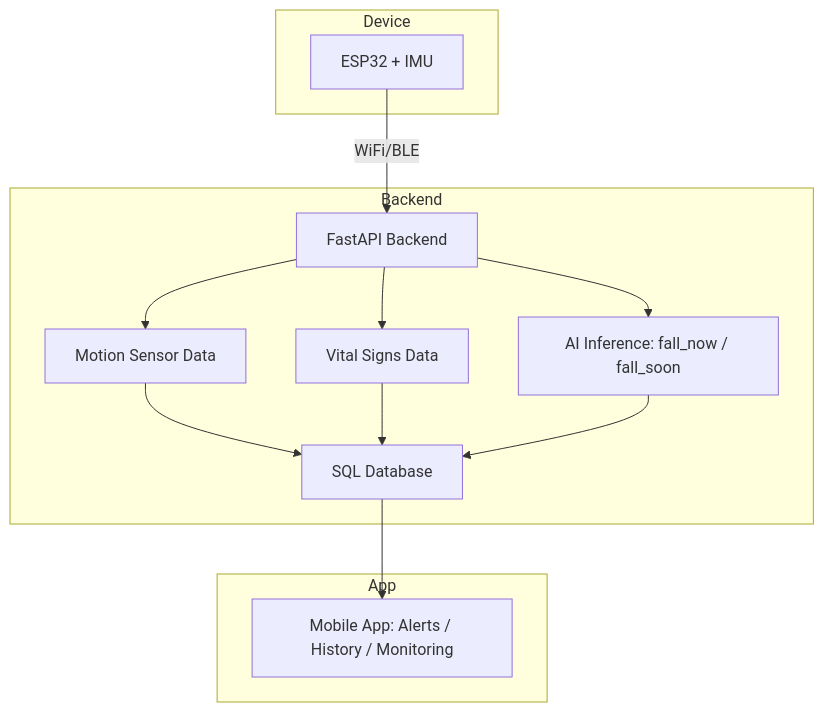
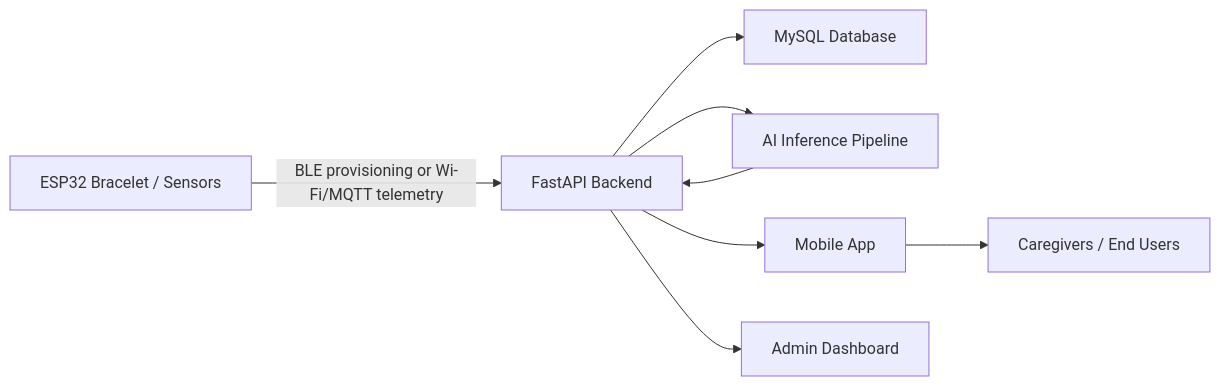
One commit to SirBob13/Fall-Detection-System changed the diagram in README.md. Above: the diagram before and after it, drawn with Mermaid. The commit also changed other lines of this file and 34 other files, not shown here.

````diff
--- a/README.md
+++ b/README.md
@@ -41,30 +67,10 @@
 ```mermaid
-flowchart TD
-    subgraph Device
-        A[ESP32 + IMU]
-    end
-    subgraph Backend
-        B[FastAPI Backend]
-        C[Motion Sensor Data]
-        D[Vital Signs Data]
-        E[AI Inference: fall_now / fall_soon]
-        F[SQL Database]
-    end
-    subgraph App
-        G[Mobile App: Alerts / History / Monitoring]
-    end
-
-    A -->|WiFi/BLE| B
-    B --> C
-    B --> D
-    B --> E
-    C --> F
-    D --> F
-    E --> F
-    F --> G
-
-    click A href "#hardware" "Go to Hardware"
-    click B href "#backend" "Go to Backend"
-    click E href "#ai-models" "Go to AI Models"
-    click G href "#mobile-app" "Go to Mobile App"
+flowchart LR
+    A["ESP32 Bracelet / Sensors"] -->|"BLE provisioning or Wi-Fi/MQTT telemetry"| B["FastAPI Backend"]
+    B --> C["MySQL Database"]
+    B --> D["AI Inference Pipeline"]
+    D --> B
+    B --> E["Mobile App"]
+    B --> F["Admin Dashboard"]
+    E --> G["Caregivers / End Users"]
 ```
````
